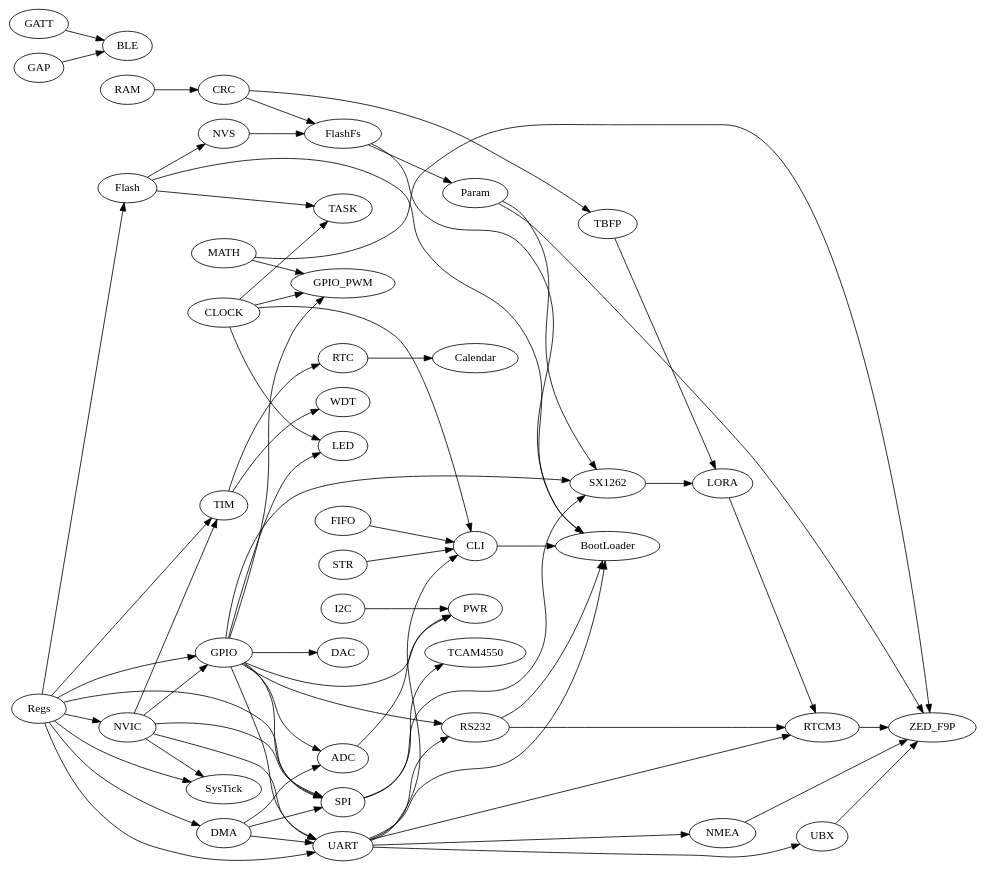
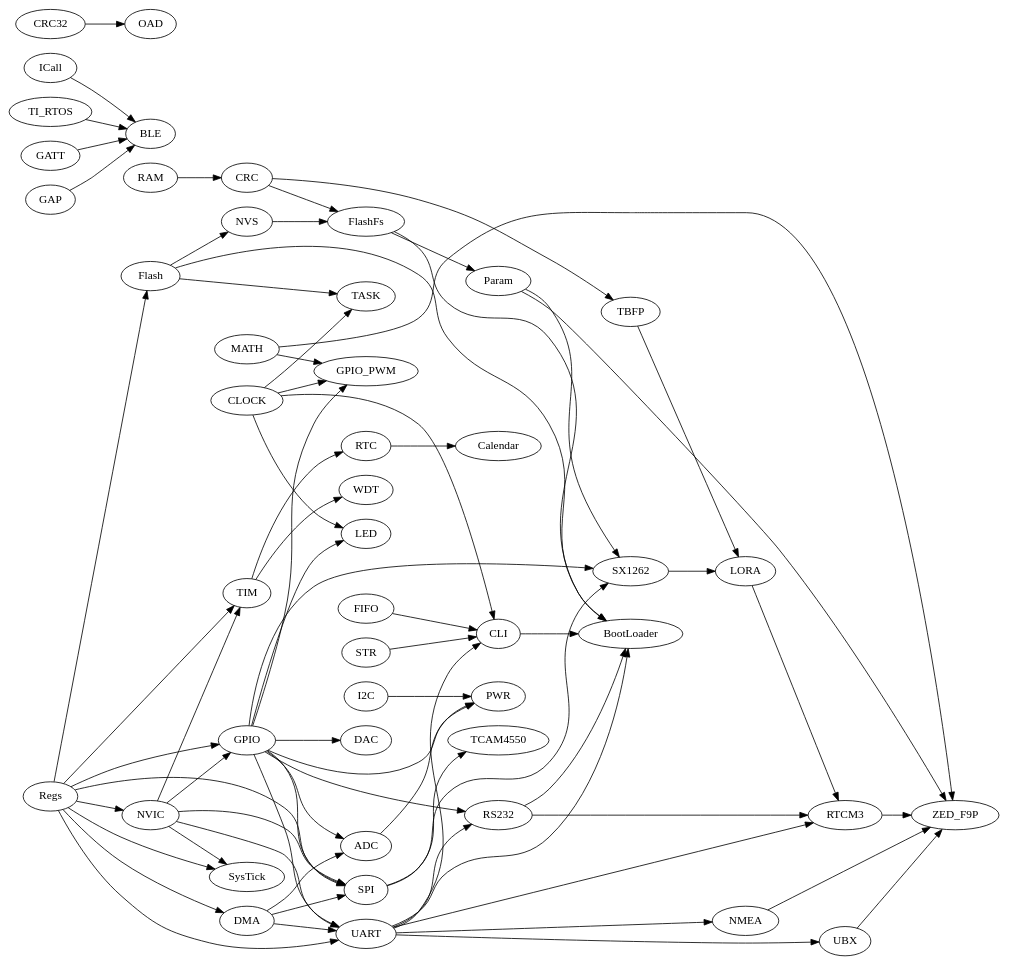
The diagram in docs/dependencies.dot (aabzel/ti_mcu_code_base), drawn with Graphviz before and after one commit. The commit also changed 3 other files, not shown here.

```diff
--- a/docs/dependencies.dot
+++ b/docs/dependencies.dot
@@ -1,71 +1,74 @@
 digraph graphname {
     rankdir=LR;
     CLOCK->CLI;
     CLOCK->GPIO_PWM
     CLOCK->LED;
     CLOCK->TASK;
     Flash->TASK;
+	ICall->BLE;
+	TI_RTOS->BLE;
+	CRC32->OAD;
     CRC->FlashFs;
     CRC -> TBFP;
     DMA->SPI;
 	GATT->BLE;
 	GAP->BLE;
     DMA->UART;
     DMA->ADC;
     FIFO->CLI;
     Flash->NVS;
     FlashFs->Param;
     GPIO->SPI;
     GPIO->UART;
     GPIO->ADC;
     GPIO->DAC;
     GPIO->GPIO_PWM;
     GPIO->LED;
     GPIO->PWR;
 	ADC->PWR;
     GPIO->RS232;
     GPIO->SX1262;
     I2C->PWR;
     LORA->RTCM3;
     MATH->GPIO_PWM;
     MATH->ZED_F9P;
     NMEA->ZED_F9P;
     NVIC->SPI;
     NVIC->UART;
     NVIC->SysTick;
     NVIC->TIM;
     NVIC->GPIO;
     NVS->FlashFs;
     Param->SX1262;
     Param->ZED_F9P;
     RAM->CRC;
     RS232->RTCM3;
     RTC->Calendar;
     RTCM3->ZED_F9P;
     Regs->SPI;
     Regs->UART;
     Regs->DMA;
     Regs->Flash;
     Regs->GPIO;
     Regs->NVIC;
     Regs->SysTick;
     Regs->TIM;
     SPI->SX1262;
     SPI->TCAM4550;
     STR->CLI;
     SX1262->LORA;
     TBFP->LORA;
     TIM->RTC;
     TIM->WDT;
     Flash->BootLoader;
     UART->BootLoader;
     FlashFs->BootLoader;
     CLI->BootLoader;
     RS232->BootLoader;
     UART->CLI;
     UART->NMEA;
     UART->RS232;
     UART->RTCM3;
     UART->UBX;
     UBX->ZED_F9P;
 }
```
